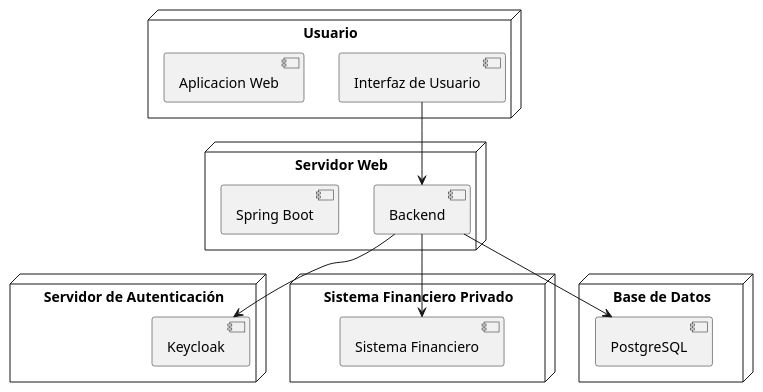
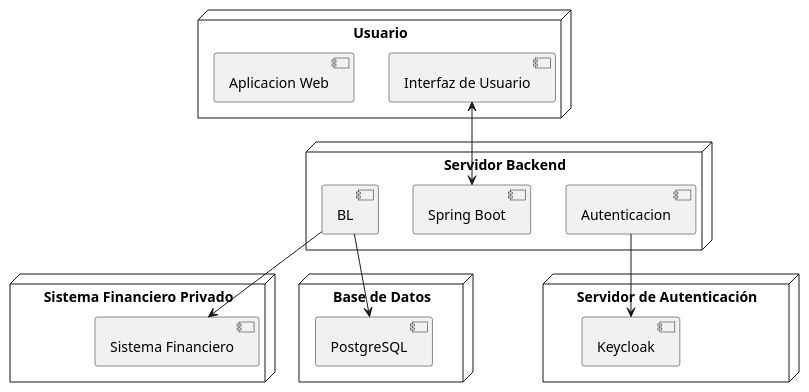
The diagram in Despliegue/00_Des.pu (NatxioDev/UMLViewerPage), drawn with PlantUML before and after one commit. The commit also changed 1 other file, not shown here.

```diff
--- a/Despliegue/00_Des.pu
+++ b/Despliegue/00_Des.pu
@@ -1,32 +1,35 @@
 @startuml
 
 node "Usuario" as user {
     component "Interfaz de Usuario" as UI
     component "Aplicacion Web" as WebApp
 }
 
-node "Servidor Web" as web_server {
-    component "Backend" as Backend
+node "Servidor Backend" as web_server {
+    component "BL" as Backend
     component "Spring Boot" as SpringBoot
+    ' component "Java" as Java
+    component "Autenticacion" as Auth
 
 }
 
 node "Servidor de Autenticación" as Auth_Server {
 
     component "Keycloak" as AuthService
+
 }
 
 node "Sistema Financiero Privado" as Financial_Server {
     component "Sistema Financiero" as FinancialSystem
 }
 
 node "Base de Datos" as BD {
     component "PostgreSQL" as Database
 }
 
-UI --> Backend
+UI <--> SpringBoot
 Backend --> Database
-Backend --> AuthService
+Auth --> AuthService
 Backend --> FinancialSystem
 
 @enduml
```
